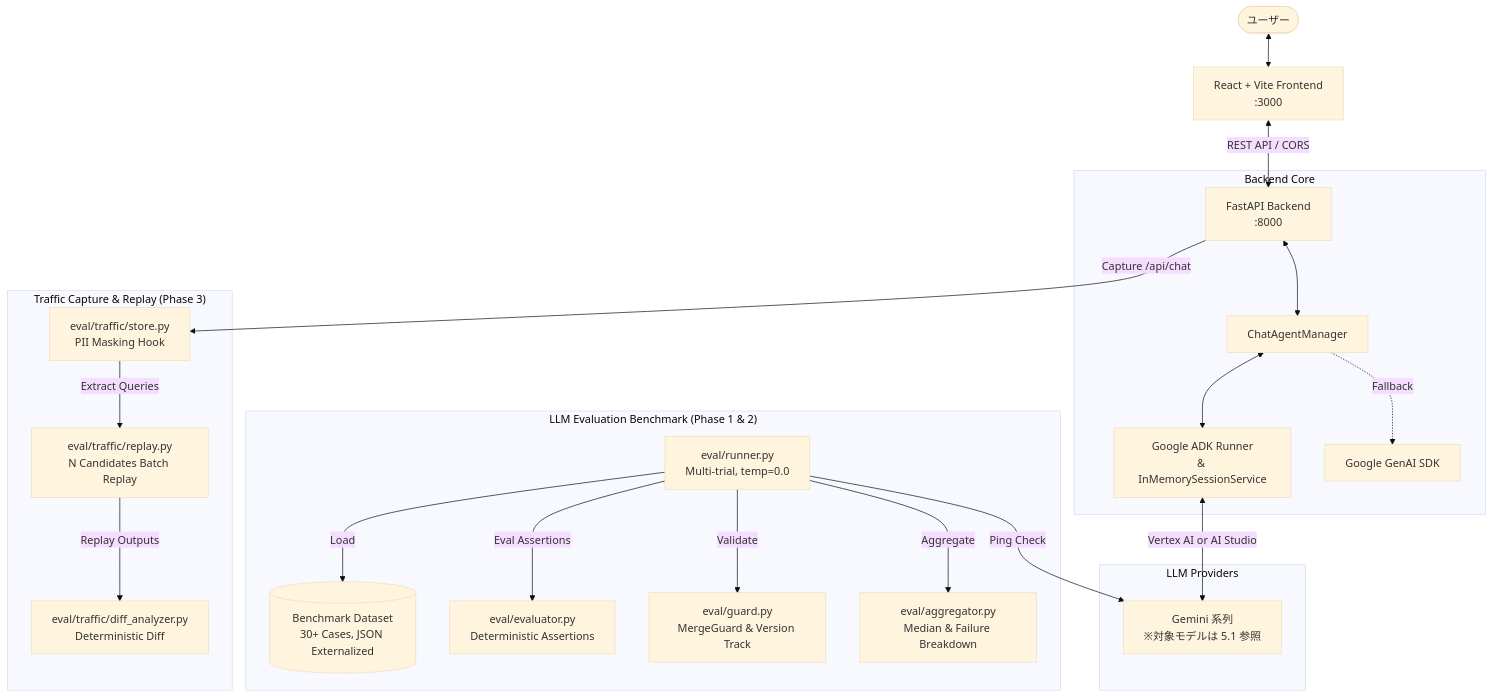
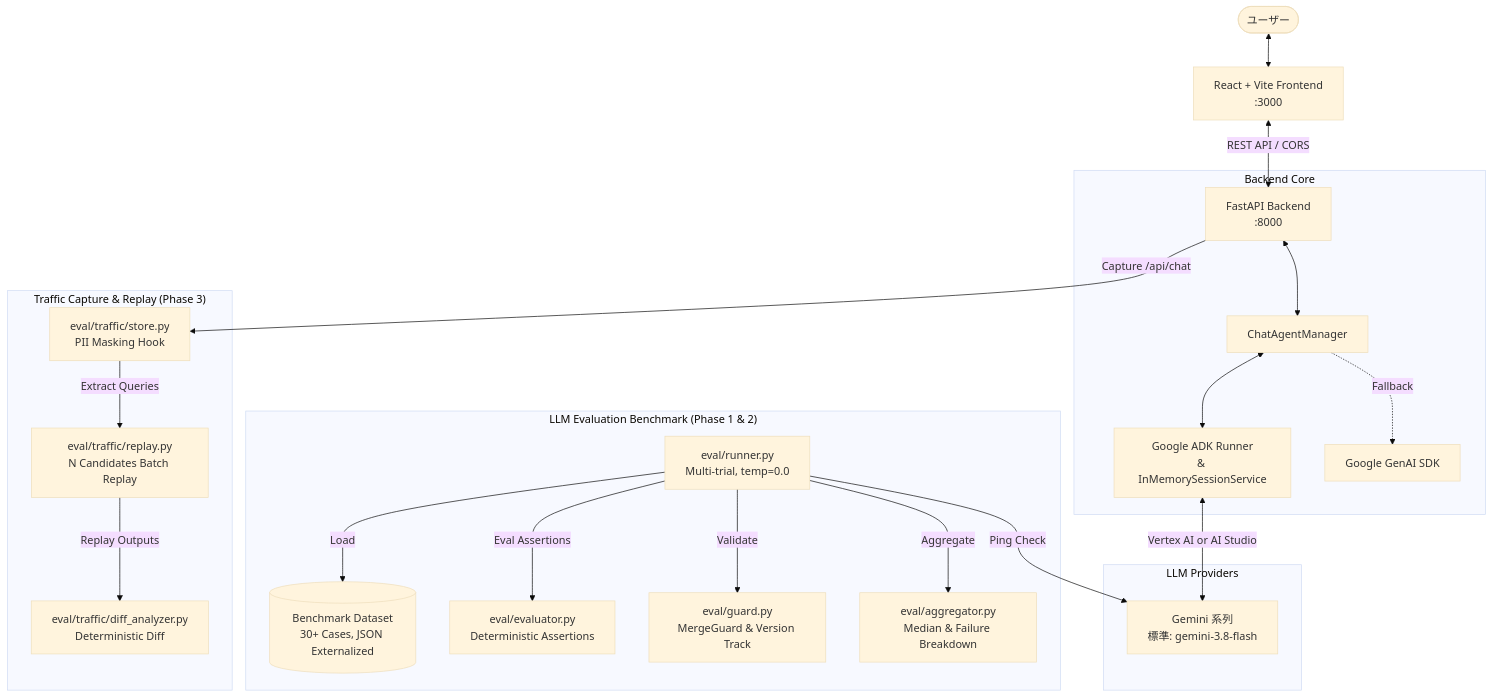
The diagram in docs/SPECIFICATION.md (shu-kob/adk-agent-chat), drawn with Mermaid (base theme) before and after one commit. The commit also changed other lines of this file and 1 other file, not shown here.

````diff
--- a/docs/SPECIFICATION.md
+++ b/docs/SPECIFICATION.md
@@ -23,37 +26,37 @@
 ```mermaid
 graph TD
     User([ユーザー]) <--> Frontend[React + Vite Frontend<br/>:3000]
     Frontend <-->|REST API / CORS| Backend[FastAPI Backend<br/>:8000]
     
     subgraph Backend Core
         Backend <--> AgentManager[ChatAgentManager]
         AgentManager <--> ADK[Google ADK Runner<br/>& InMemorySessionService]
         AgentManager -.->|Fallback| GenAISDK[Google GenAI SDK]
     end
 
     subgraph LLM Providers
-        ADK <-->|Vertex AI or AI Studio| Gemini[Gemini 系列<br/>※対象モデルは 5.1 参照]
+        ADK <-->|Vertex AI or AI Studio| Gemini[Gemini 系列<br/>標準: gemini-3.8-flash]
     end
     
     subgraph Evaluation["LLM Evaluation Benchmark (Phase 1 & 2)"]
         Dataset[(Benchmark Dataset<br/>30+ Cases, JSON Externalized)]
         Runner[eval/runner.py<br/>Multi-trial, temp=0.0]
         Evaluator[eval/evaluator.py<br/>Deterministic Assertions]
         Guard[eval/guard.py<br/>MergeGuard & Version Track]
         Aggregator[eval/aggregator.py<br/>Median & Failure Breakdown]
         Runner -->|Load| Dataset
         Runner -->|Ping Check| Gemini
         Runner -->|Eval Assertions| Evaluator
         Runner -->|Validate| Guard
         Runner -->|Aggregate| Aggregator
     end
 
     subgraph TrafficReplay["Traffic Capture & Replay (Phase 3)"]
         TrafficStore[eval/traffic/store.py<br/>PII Masking Hook]
         ReplayJob[eval/traffic/replay.py<br/>N Candidates Batch Replay]
         DiffAnalyzer[eval/traffic/diff_analyzer.py<br/>Deterministic Diff]
         Backend -->|Capture /api/chat| TrafficStore
         TrafficStore -->|Extract Queries| ReplayJob
         ReplayJob -->|Replay Outputs| DiffAnalyzer
     end
 ```
````
